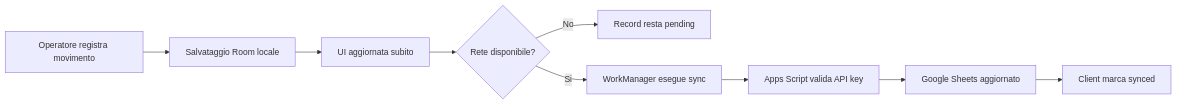
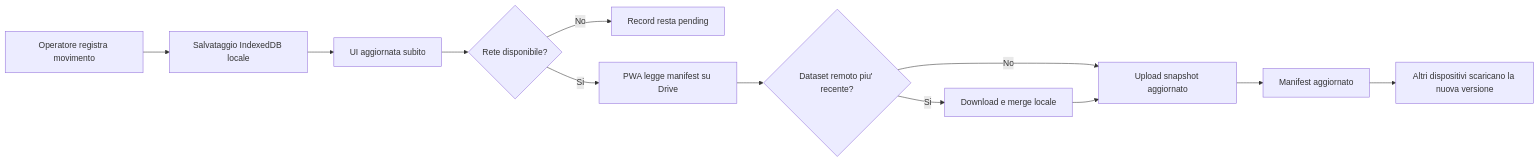
One commit to vgrazian/MediTrace changed the diagram in docs/ui-wireframes.md. Above: the diagram before and after it, drawn with Mermaid. The commit also changed 15 other files, not shown here.

Commit message:
docs: align architecture to Option A and close Week 1

````diff
--- a/docs/ui-wireframes.md
+++ b/docs/ui-wireframes.md
@@ -62,11 +62,14 @@
 ```mermaid
 flowchart LR
-    A[Operatore registra movimento] --> B[Salvataggio Room locale]
+    A[Operatore registra movimento] --> B[Salvataggio IndexedDB locale]
     B --> C[UI aggiornata subito]
     C --> D{Rete disponibile?}
     D -- No --> E[Record resta pending]
-    D -- Si --> F[WorkManager esegue sync]
-    F --> G[Apps Script valida API key]
-    G --> H[Google Sheets aggiornato]
-    H --> I[Client marca synced]
+    D -- Si --> F[PWA legge manifest su Drive]
+    F --> G{Dataset remoto piu' recente?}
+    G -- Si --> H[Download e merge locale]
+    G -- No --> I[Upload snapshot aggiornato]
+    H --> I
+    I --> J[Manifest aggiornato]
+    J --> K[Altri dispositivi scaricano la nuova versione]
 ```
````
